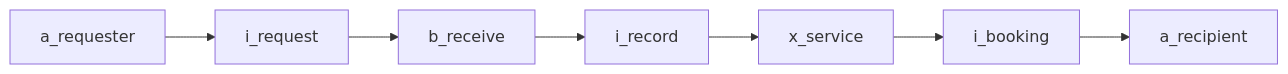
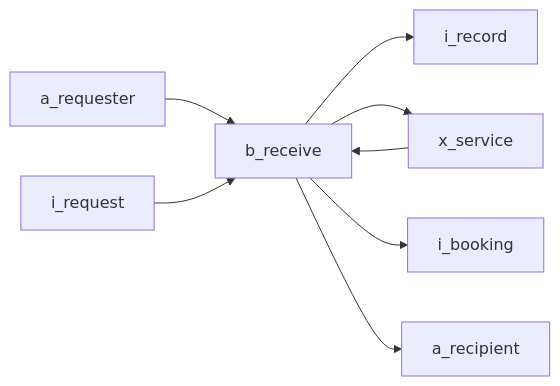
Before and after one commit to maakbo/fde: the third of 3 diagrams in .agents/skills/mermaid-diagram-authoring/references/icon-context.md, drawn with Mermaid. The commit also changed other lines of this file and 8 other files, not shown here.

````diff
--- a/.agents/skills/mermaid-diagram-authoring/references/icon-context.md
+++ b/.agents/skills/mermaid-diagram-authoring/references/icon-context.md
@@ -70,9 +70,10 @@
 ```mermaid
 flowchart LR
-  a_requester --> i_request
+  a_requester --> b_receive
   i_request --> b_receive
   b_receive --> i_record
-  i_record --> x_service
-  x_service --> i_booking
-  i_booking --> a_recipient
+  b_receive --> x_service
+  x_service --> b_receive
+  b_receive --> i_booking
+  b_receive --> a_recipient
 ```
````
